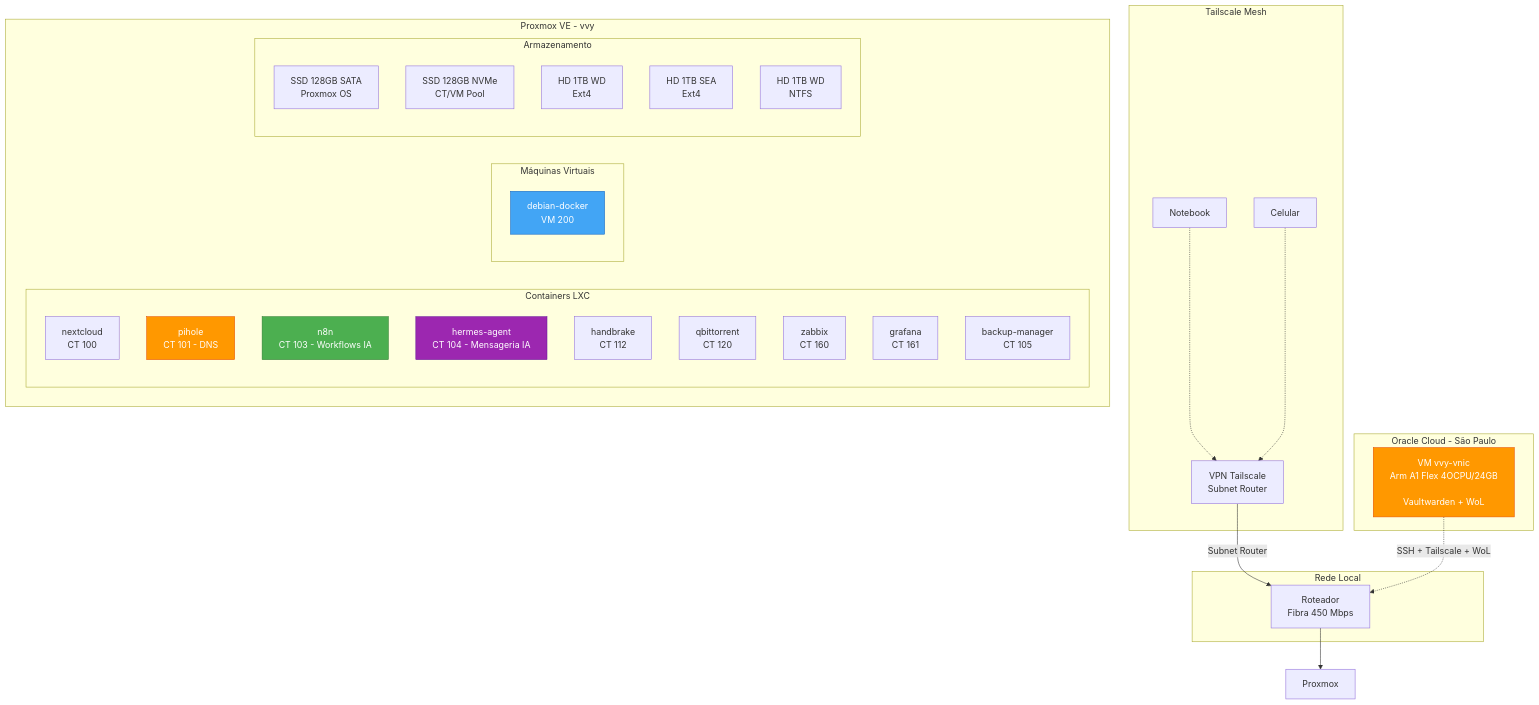
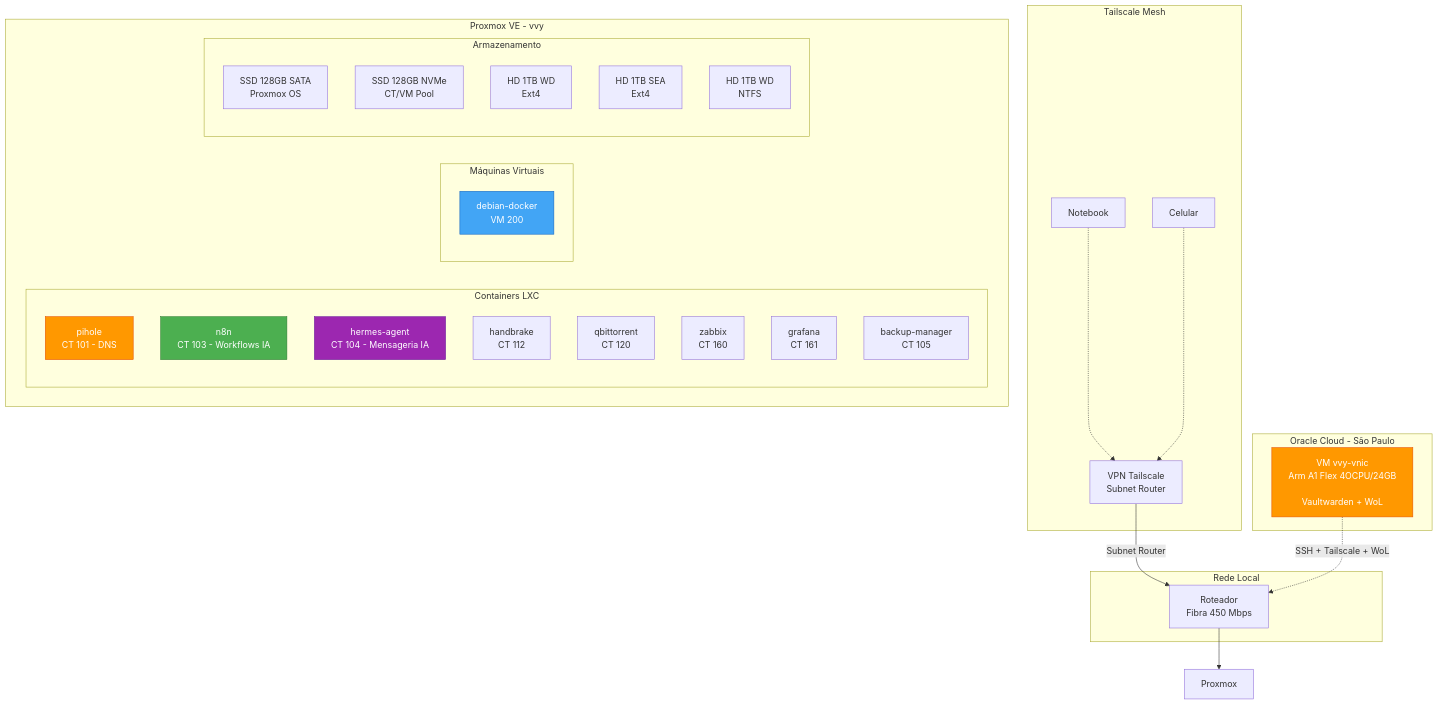
One commit to mviniciusy/vvy-homelab changed the diagram in README.md. Above: the diagram before and after it, drawn with Mermaid. The commit also changed 6 other files, not shown here.

````diff
--- a/README.md
+++ b/README.md
@@ -13,54 +13,53 @@
 ```mermaid
 graph TB
     subgraph Rede Local
         Router[Roteador<br/>Fibra 450 Mbps]
     end
 
     subgraph Tailscale Mesh
         TS[VPN Tailscale<br/>Subnet Router]
         NB[Notebook]
         Phone[Celular]
     end
 
     subgraph OC["Oracle Cloud - São Paulo"]
         OCI[VM vvy-vnic<br/>Arm A1 Flex 4OCPU/24GB<br/><ORACLE_PUBLIC_IP><br/>Vaultwarden + WoL]
     end
 
     subgraph Proxmox VE - vvy
         subgraph Containers LXC
-            NC[nextcloud<br/>CT 100]
             PH[pihole<br/>CT 101 - DNS]
             N8N[n8n<br/>CT 103 - Workflows IA]
             HER[hermes-agent<br/>CT 104 - Mensageria IA]
             HB[handbrake<br/>CT 112]
             QB[qbittorrent<br/>CT 120]
             ZB[zabbix<br/>CT 160]
             GF[grafana<br/>CT 161]
             BK[backup-manager<br/>CT 105]
         end
 
         subgraph Máquinas Virtuais
             DK[debian-docker<br/>VM 200]
         end
 
         subgraph Armazenamento
             SSD1[SSD 128GB SATA<br/>Proxmox OS]
             SSD2[SSD 128GB NVMe<br/>CT/VM Pool]
             HD1[HD 1TB WD<br/>Ext4]
             HD2[HD 1TB SEA<br/>Ext4]
             HD3[HD 1TB WD<br/>NTFS]
         end
     end
 
     Router --> Proxmox
     TS --> |Subnet Router| Router
     NB -.-> TS
     Phone -.-> TS
     OCI -.->|SSH + Tailscale + WoL| Router
 
     style N8N fill:#4caf50,stroke:#2e7d32,color:#fff
     style HER fill:#9c27b0,stroke:#6a1b9a,color:#fff
     style DK fill:#42a5f5,stroke:#1565c0,color:#fff
     style PH fill:#ff9800,stroke:#e65100,color:#fff
     style OCI fill:#ff9800,stroke:#e65100,color:#fff
 ```
````
